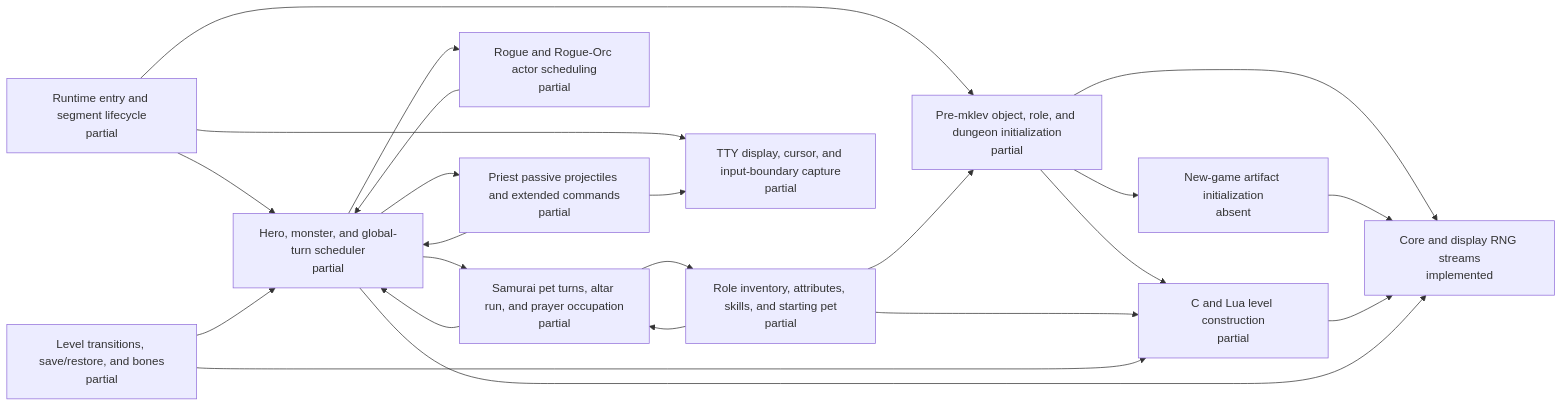
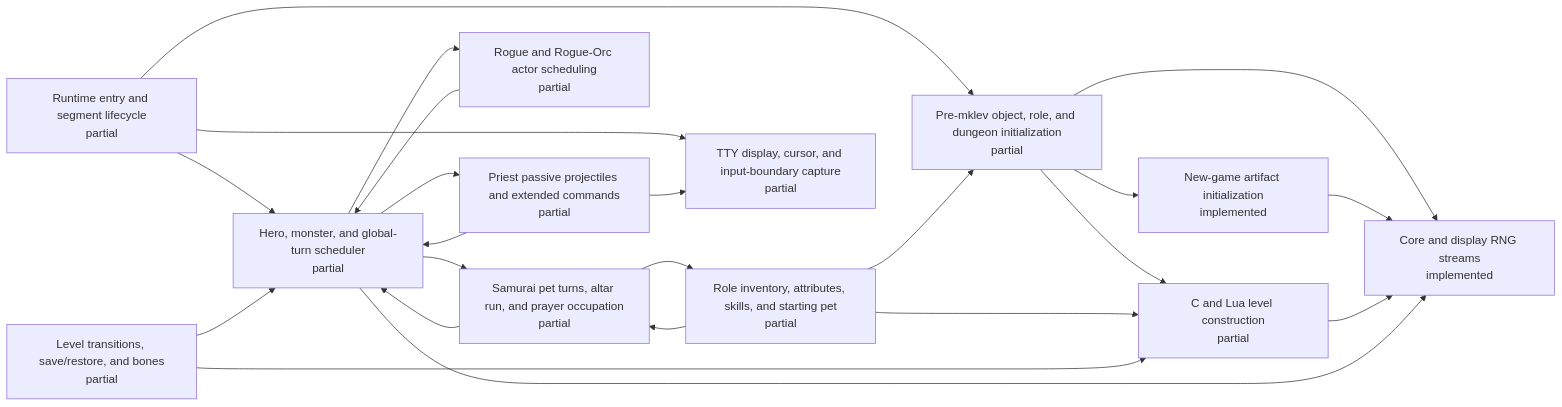
One commit to daoa0601/teleport-contest changed the diagram in docs/architecture/c-lua-ownership.generated.md. Above: the diagram before and after it, drawn with Mermaid. The commit also changed other lines of this file and 3 other files, not shown here.

Commit message:
Record artifact startup ownership

````diff
--- a/docs/architecture/c-lua-ownership.generated.md
+++ b/docs/architecture/c-lua-ownership.generated.md
@@ -11,37 +11,37 @@
 ```mermaid
 flowchart LR
     n_runtime_entry["Runtime entry and segment lifecycle<br/>partial"]
     n_rng_core["Core and display RNG streams<br/>implemented"]
     n_startup_pre_mklev["Pre-mklev object, role, and dungeon initialization<br/>partial"]
-    n_startup_artifacts["New-game artifact initialization<br/>absent"]
+    n_startup_artifacts["New-game artifact initialization<br/>implemented"]
     n_startup_role_inventory["Role inventory, attributes, skills, and starting pet<br/>partial"]
     n_level_generation["C and Lua level construction<br/>partial"]
     n_turn_scheduler["Hero, monster, and global-turn scheduler<br/>partial"]
     n_samurai_pet_turns["Samurai pet turns, altar run, and prayer occupation<br/>partial"]
     n_rogue_actor_scheduling["Rogue and Rogue-Orc actor scheduling<br/>partial"]
     n_priest_passive_projectiles["Priest passive projectiles and extended commands<br/>partial"]
     n_tty_display["TTY display, cursor, and input-boundary capture<br/>partial"]
     n_level_transition_persistence["Level transitions, save/restore, and bones<br/>partial"]
     n_runtime_entry --> n_startup_pre_mklev
     n_runtime_entry --> n_turn_scheduler
     n_runtime_entry --> n_tty_display
     n_startup_pre_mklev --> n_rng_core
     n_startup_pre_mklev --> n_startup_artifacts
     n_startup_pre_mklev --> n_level_generation
     n_startup_artifacts --> n_rng_core
     n_startup_role_inventory --> n_startup_pre_mklev
     n_startup_role_inventory --> n_level_generation
     n_startup_role_inventory --> n_samurai_pet_turns
     n_level_generation --> n_rng_core
     n_turn_scheduler --> n_rng_core
     n_turn_scheduler --> n_samurai_pet_turns
     n_turn_scheduler --> n_rogue_actor_scheduling
     n_turn_scheduler --> n_priest_passive_projectiles
     n_samurai_pet_turns --> n_turn_scheduler
     n_samurai_pet_turns --> n_startup_role_inventory
     n_rogue_actor_scheduling --> n_turn_scheduler
     n_priest_passive_projectiles --> n_turn_scheduler
     n_priest_passive_projectiles --> n_tty_display
     n_level_transition_persistence --> n_level_generation
     n_level_transition_persistence --> n_turn_scheduler
 ```
````
